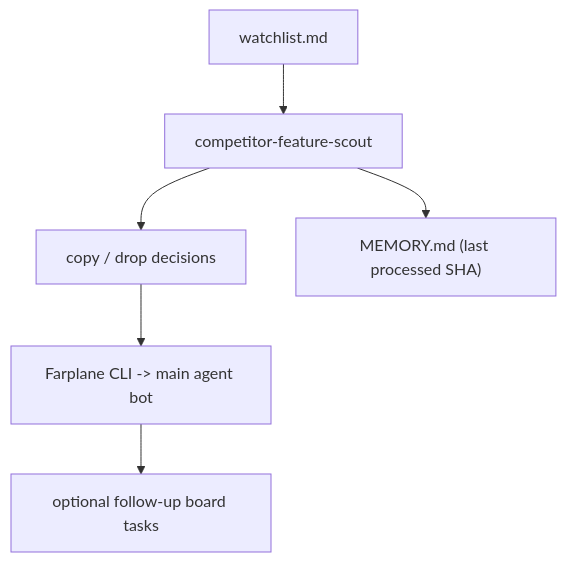
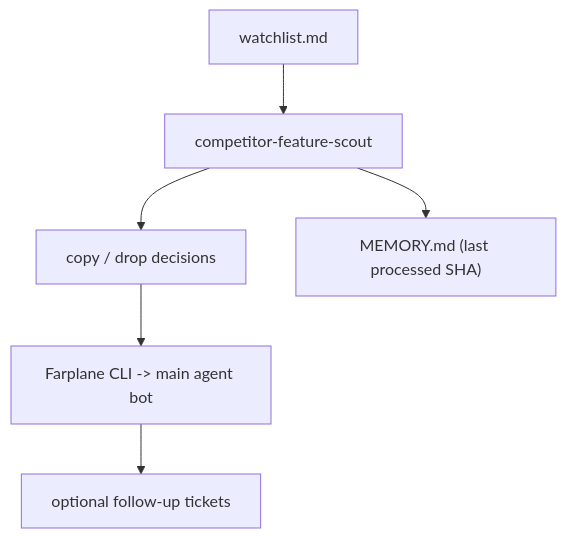
One commit to ZanarkandTechnologies/Farplane-UI changed the diagram in docs/public-docs/feature-meta-improvement.md. Above: the diagram before and after it, drawn with Mermaid. The commit also changed 113 other files, not shown here.

````diff
--- a/docs/public-docs/feature-meta-improvement.md
+++ b/docs/public-docs/feature-meta-improvement.md
@@ -32,8 +32,8 @@
 ```mermaid
 flowchart TD
   Watchlist["watchlist.md"] --> Scout["competitor-feature-scout"]
   Scout --> Decisions["copy / drop decisions"]
   Scout --> Memory["MEMORY.md (last processed SHA)"]
   Decisions --> Bot["Farplane CLI -> main agent bot"]
-  Bot --> Followup["optional follow-up board tasks"]
+  Bot --> Followup["optional follow-up tickets"]
 ```
````
